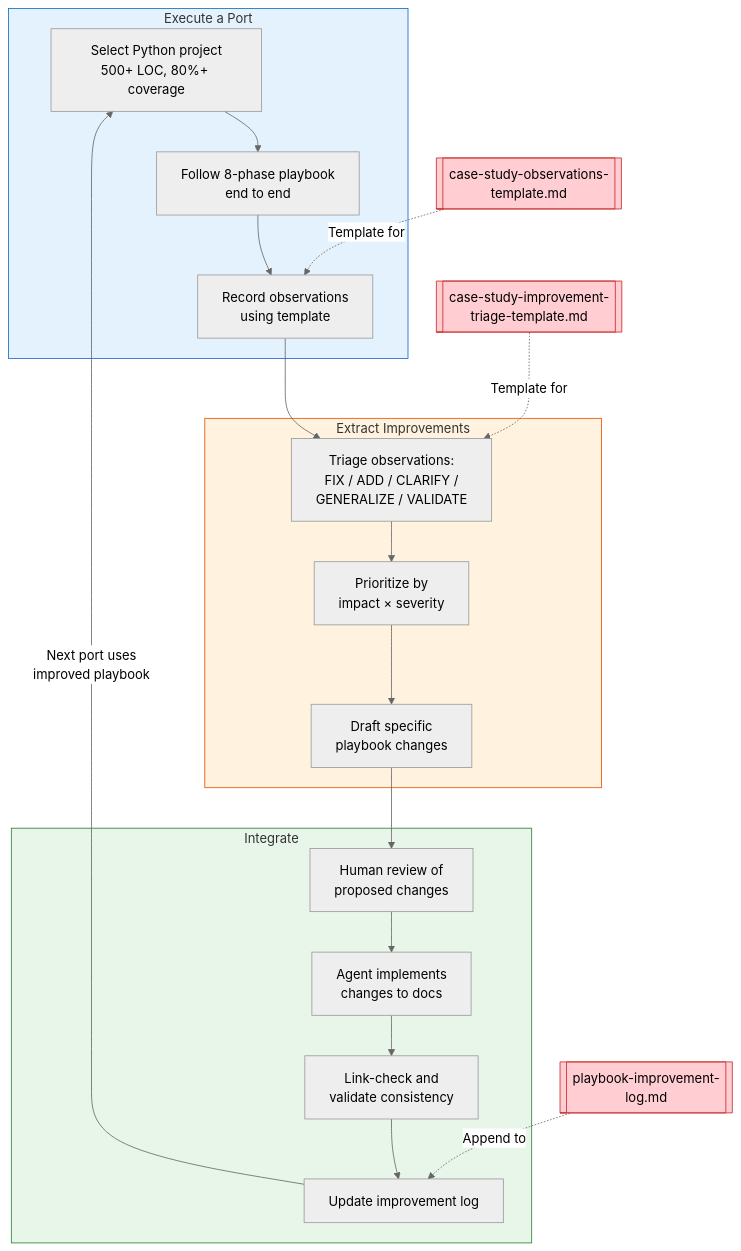
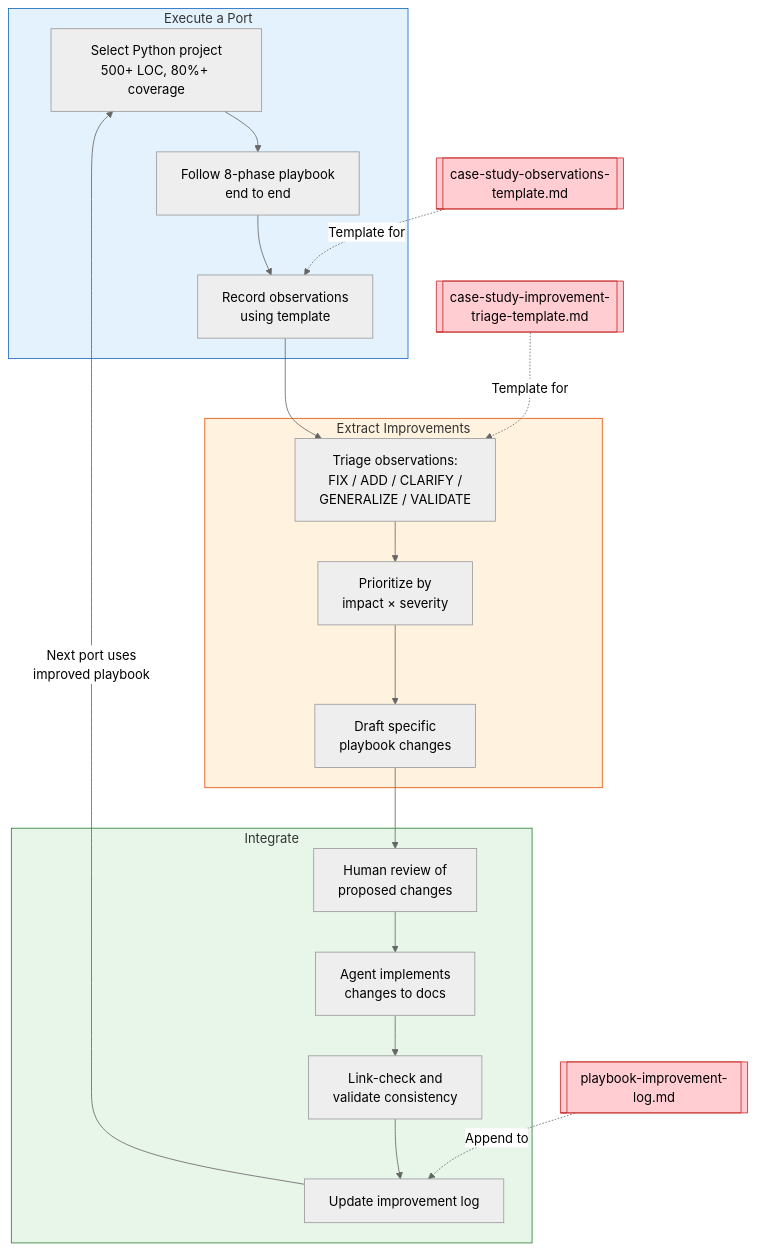
Before and after one commit to jlevy/rust-porting-playbook: the fourth of 6 diagrams in docs/project/playbook-flow-analysis.md, drawn with Mermaid (neutral theme). The commit also changed other lines of this file, not shown here.

First line of the commit message:
Use full filenames with .md, one per line, across all diagrams

````diff
--- a/docs/project/playbook-flow-analysis.md
+++ b/docs/project/playbook-flow-analysis.md
@@ -307,39 +307,39 @@
 ```mermaid
 flowchart TD
     subgraph execute["Execute a Port"]
         SELECT[Select Python project<br/>500+ LOC, 80%+ coverage]
         FOLLOW[Follow 8-phase playbook<br/>end to end]
         OBSERVE[Record observations<br/>using template]
         SELECT --> FOLLOW --> OBSERVE
     end
 
     subgraph extract["Extract Improvements"]
         TRIAGE[Triage observations:<br/>FIX / ADD / CLARIFY /<br/>GENERALIZE / VALIDATE]
         PRIORITIZE[Prioritize by<br/>impact × severity]
         DRAFT[Draft specific<br/>playbook changes]
         TRIAGE --> PRIORITIZE --> DRAFT
     end
 
     subgraph integrate["Integrate"]
         REVIEW_HUMAN[Human review of<br/>proposed changes]
         IMPLEMENT[Agent implements<br/>changes to docs]
         VERIFY[Link-check and<br/>validate consistency]
         UPDATE_LOG[Update improvement log]
         REVIEW_HUMAN --> IMPLEMENT --> VERIFY --> UPDATE_LOG
     end
 
     OBSERVE --> TRIAGE
     DRAFT --> REVIEW_HUMAN
     UPDATE_LOG -->|"Next port uses<br/>improved playbook"| SELECT
 
-    OBS_T[["case-study-observations-<br/>template.md"]] -.->|Template for| OBSERVE
-    TRI_T[["case-study-improvement-<br/>triage-template.md"]] -.->|Template for| TRIAGE
-    IMP_LOG[["playbook-improvement-<br/>log.md"]] -.->|Append to| UPDATE_LOG
+    OBS_T[["case-study-observations-template.md"]] -.->|Template for| OBSERVE
+    TRI_T[["case-study-improvement-triage-template.md"]] -.->|Template for| TRIAGE
+    IMP_LOG[["playbook-improvement-log.md"]] -.->|Append to| UPDATE_LOG
 
     style execute fill:#e3f2fd,stroke:#1565C0
     style extract fill:#fff3e0,stroke:#E65100
     style integrate fill:#e8f5e9,stroke:#2E7D32
     style OBS_T fill:#ffcdd2,stroke:#C62828
     style TRI_T fill:#ffcdd2,stroke:#C62828
     style IMP_LOG fill:#ffcdd2,stroke:#C62828
 ```
````
